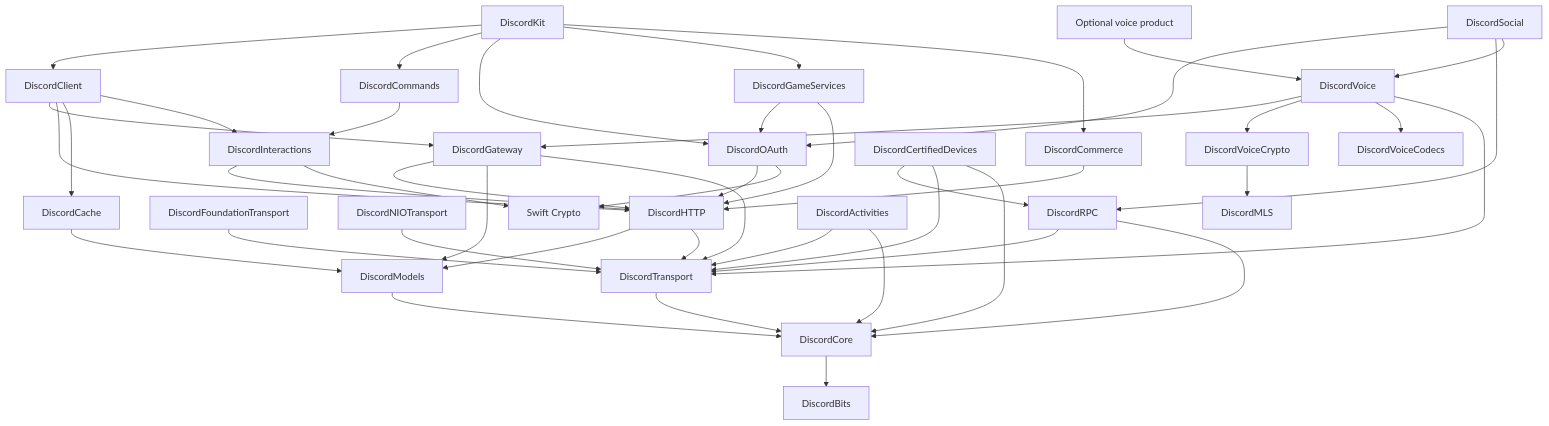
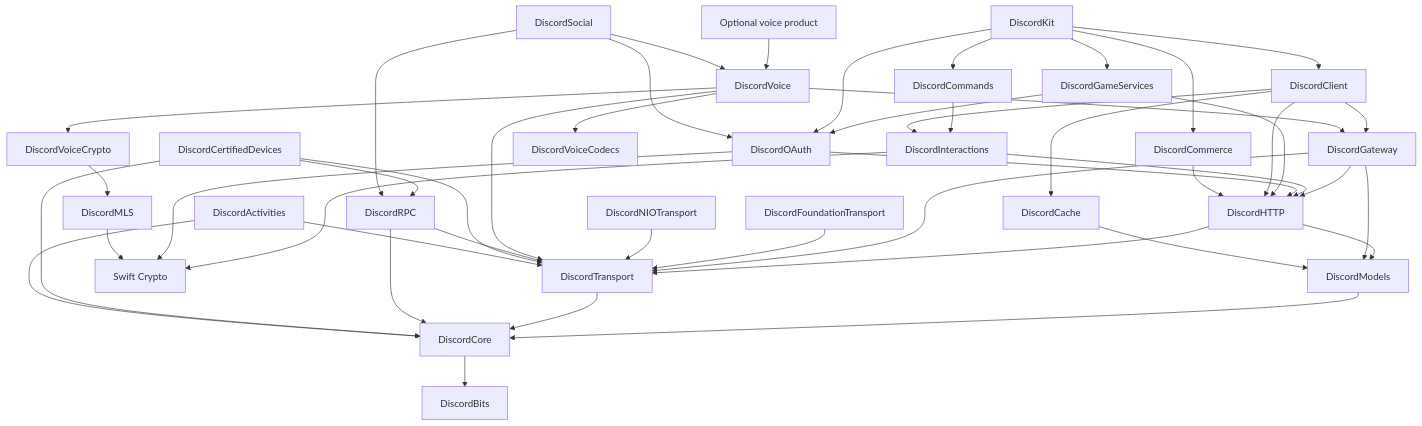
Before and after one commit to CarsonAurum/DiscordKit: the diagram in Docs/Architecture.md, drawn with Mermaid. The commit also changed other lines of this file and 56 other files, not shown here.

````diff
--- a/Docs/Architecture.md
+++ b/Docs/Architecture.md
@@ -91,47 +96,48 @@
 ```mermaid
 flowchart TD
     DiscordCore --> DiscordBits
     DiscordModels --> DiscordCore
     DiscordTransport --> DiscordCore
     DiscordHTTP --> DiscordModels
     DiscordHTTP --> DiscordTransport
     DiscordGateway --> DiscordHTTP
     DiscordGateway --> DiscordModels
     DiscordGateway --> DiscordTransport
     DiscordFoundationTransport --> DiscordTransport
     DiscordNIOTransport --> DiscordTransport
     DiscordCache --> DiscordModels
     DiscordInteractions --> DiscordHTTP
     DiscordInteractions --> SwiftCrypto[Swift Crypto]
     DiscordCommands --> DiscordInteractions
     DiscordOAuth --> DiscordHTTP
     DiscordOAuth --> SwiftCrypto
     DiscordGameServices --> DiscordOAuth
     DiscordGameServices --> DiscordHTTP
     DiscordClient --> DiscordGateway
     DiscordClient --> DiscordHTTP
     DiscordClient --> DiscordCache
     DiscordClient --> DiscordInteractions
     DiscordVoice --> DiscordGateway
     DiscordVoice --> DiscordVoiceCrypto
     DiscordVoice --> DiscordVoiceCodecs
     DiscordVoice --> DiscordTransport
     DiscordVoiceCrypto --> DiscordMLS
+    DiscordMLS --> SwiftCrypto
     DiscordKit --> DiscordClient
     DiscordKit --> DiscordCommands
     DiscordKit --> DiscordOAuth
     DiscordKit --> DiscordGameServices
     DiscordKit --> DiscordCommerce
     VoiceProduct[Optional voice product] --> DiscordVoice
     DiscordRPC --> DiscordTransport
     DiscordRPC --> DiscordCore
     DiscordCertifiedDevices --> DiscordRPC
     DiscordCertifiedDevices --> DiscordTransport
     DiscordCertifiedDevices --> DiscordCore
     DiscordActivities --> DiscordTransport
     DiscordActivities --> DiscordCore
     DiscordSocial --> DiscordOAuth
     DiscordSocial --> DiscordRPC
     DiscordSocial --> DiscordVoice
     DiscordCommerce --> DiscordHTTP
 ```
````
